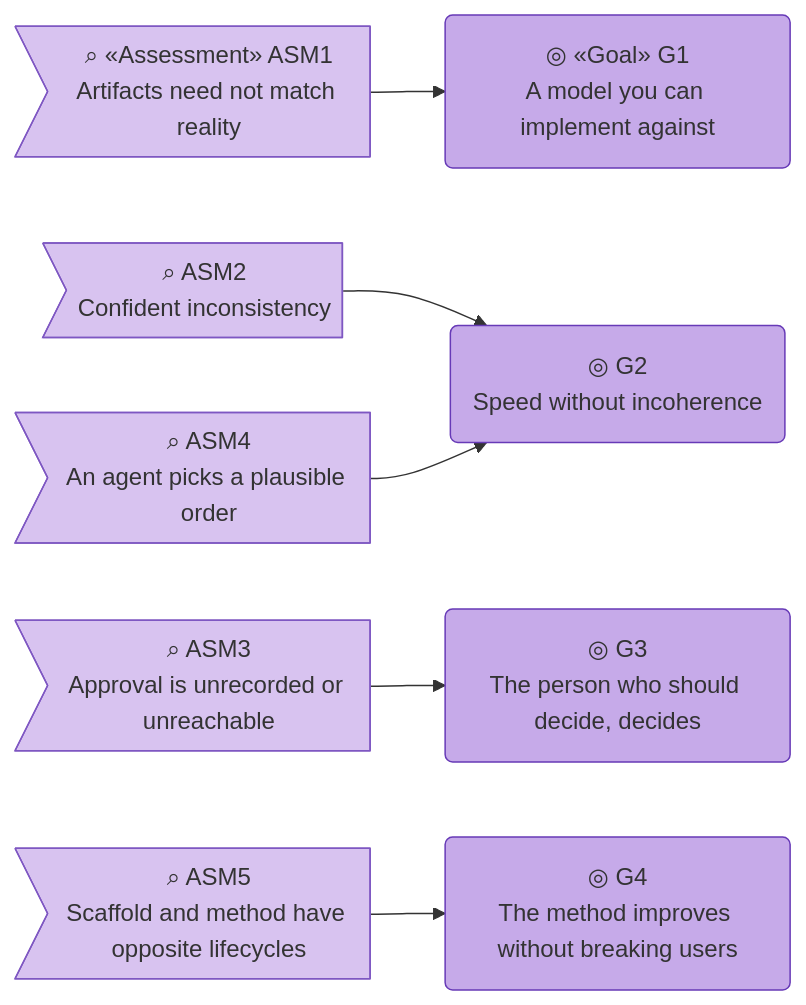
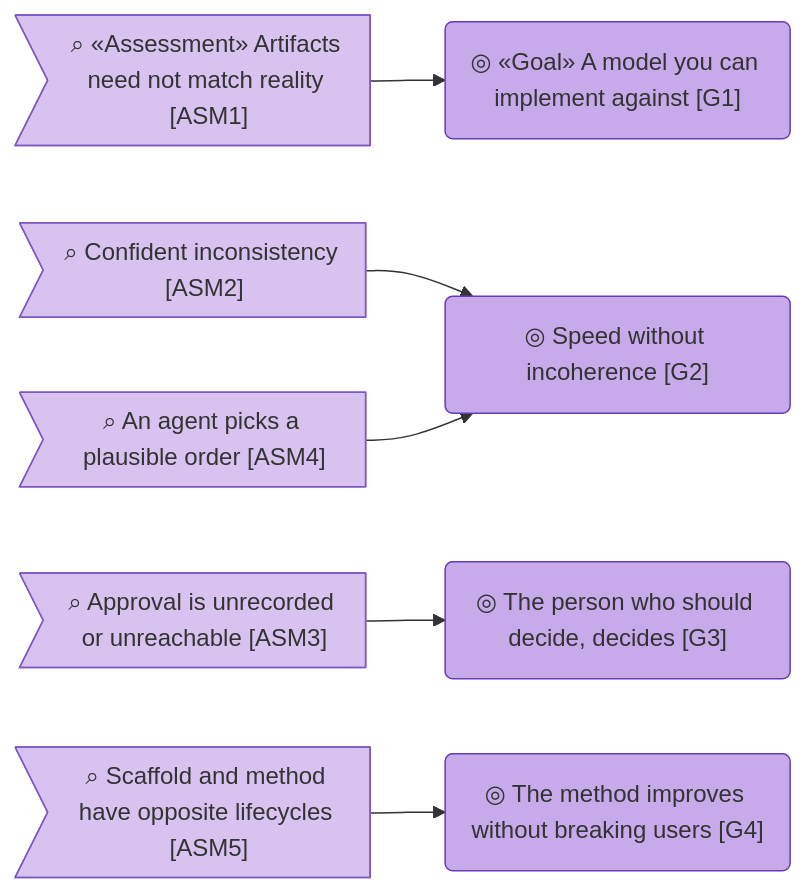
The third of 5 diagrams in product-archreator/architecture/1_strategy/1_motivation.md (roanboc/architecture-archreator), drawn with Mermaid before and after one commit. The commit also changed other lines of this file and 38 other files, not shown here.

````diff
--- a/product-archreator/architecture/1_strategy/1_motivation.md
+++ b/product-archreator/architecture/1_strategy/1_motivation.md
@@ -100,22 +100,22 @@
 ```mermaid
 flowchart LR
-  asm1>"⌕ «Assessment» ASM1<br>Artifacts need not match reality"]:::assessment
-  asm2>"⌕ ASM2<br>Confident inconsistency"]:::assessment
-  asm3>"⌕ ASM3<br>Approval is unrecorded or unreachable"]:::assessment
-  asm4>"⌕ ASM4<br>An agent picks a plausible order"]:::assessment
-  asm5>"⌕ ASM5<br>Scaffold and method have opposite lifecycles"]:::assessment
+  asm1>"⌕ «Assessment» Artifacts need not match reality [ASM1]"]:::assessment
+  asm2>"⌕ Confident inconsistency [ASM2]"]:::assessment
+  asm3>"⌕ Approval is unrecorded or unreachable [ASM3]"]:::assessment
+  asm4>"⌕ An agent picks a plausible order [ASM4]"]:::assessment
+  asm5>"⌕ Scaffold and method have opposite lifecycles [ASM5]"]:::assessment
 
-  g1("◎ «Goal» G1<br>A model you can implement against"):::goal
-  g2("◎ G2<br>Speed without incoherence"):::goal
-  g3("◎ G3<br>The person who should decide, decides"):::goal
-  g4("◎ G4<br>The method improves without breaking users"):::goal
+  g1("◎ «Goal» A model you can implement against [G1]"):::goal
+  g2("◎ Speed without incoherence [G2]"):::goal
+  g3("◎ The person who should decide, decides [G3]"):::goal
+  g4("◎ The method improves without breaking users [G4]"):::goal
 
   asm1 --> g1
   asm2 --> g2
   asm4 --> g2
   asm3 --> g3
   asm5 --> g4
 
   classDef assessment fill:#d8c3f0,stroke:#7e57c2,color:#333
   classDef goal fill:#c6aae9,stroke:#673ab7,color:#333
 ```
````
